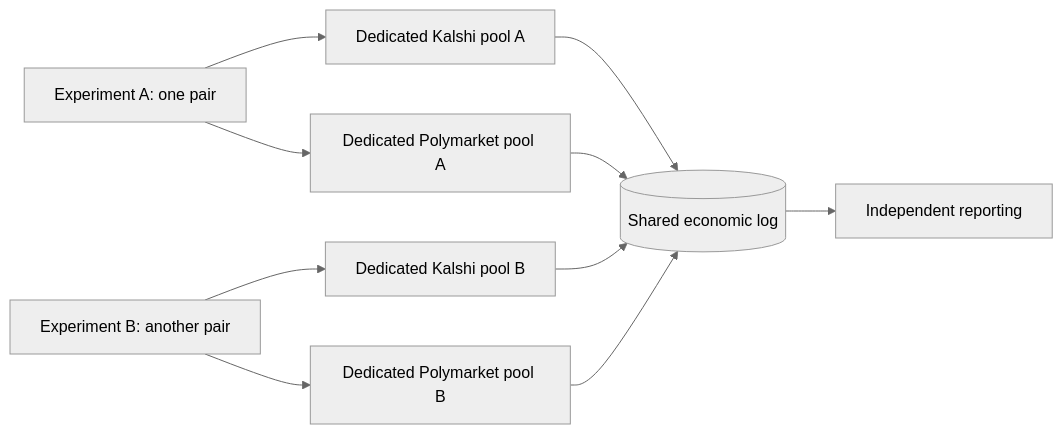
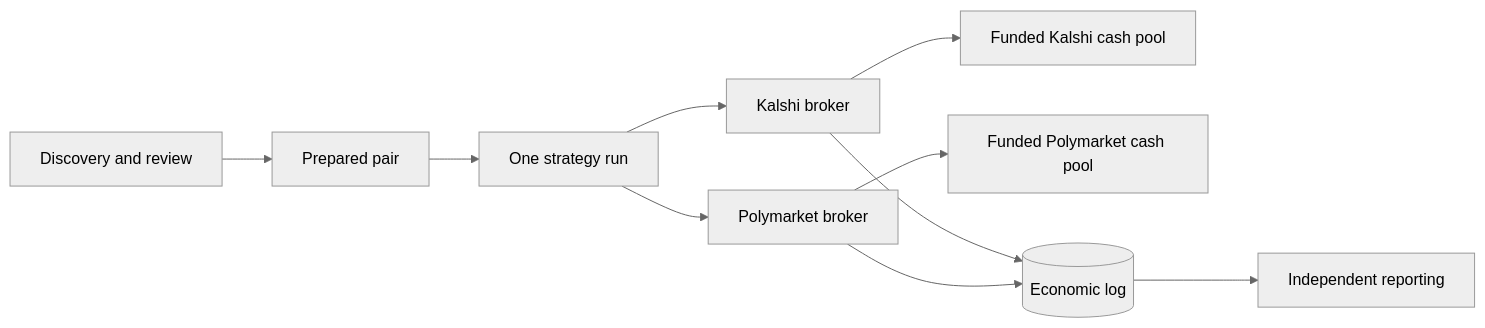
The diagram in strategies/cross-market-polymarket/README.md (Zack-Ellington/cz-quant), drawn with Mermaid (neutral theme) before and after one commit. The commit also changed other lines of this file and 27 other files, not shown here.

Commit message:
cross-market: separate pair preprocessing from strategy runs

````diff
--- a/strategies/cross-market-polymarket/README.md
+++ b/strategies/cross-market-polymarket/README.md
@@ -22,12 +26,12 @@
 ```mermaid
 flowchart LR
-    A[Experiment A: one pair] --> AK[Dedicated Kalshi pool A]
-    A --> AP[Dedicated Polymarket pool A]
-    B[Experiment B: another pair] --> BK[Dedicated Kalshi pool B]
-    B --> BP[Dedicated Polymarket pool B]
-    AK --> L[(Shared economic log)]
-    AP --> L
-    BK --> L
-    BP --> L
+    D[Discovery and review] --> P[Prepared pair]
+    P --> S[One strategy run]
+    S --> K[Kalshi broker]
+    S --> U[Polymarket broker]
+    K --> KC[Funded Kalshi cash pool]
+    U --> UC[Funded Polymarket cash pool]
+    K --> L[(Economic log)]
+    U --> L
     L --> R[Independent reporting]
 ```
````
